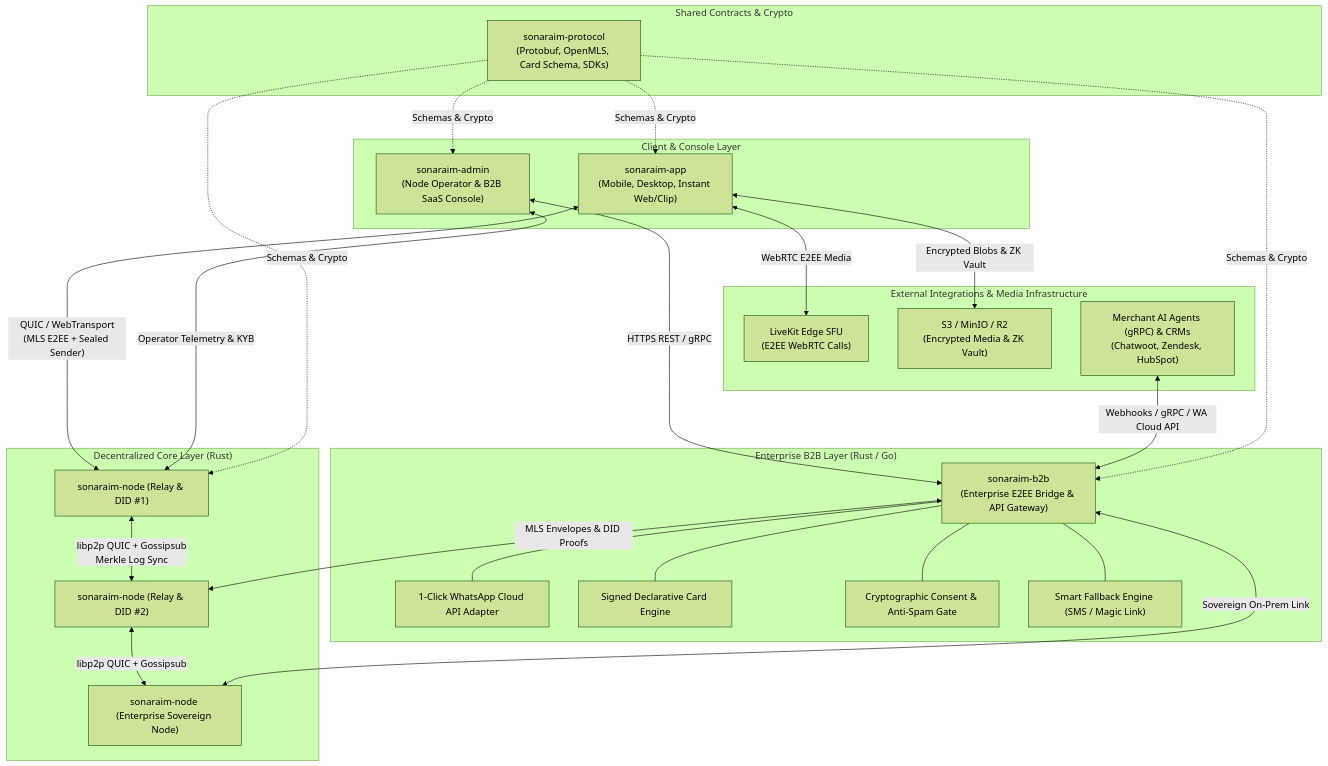
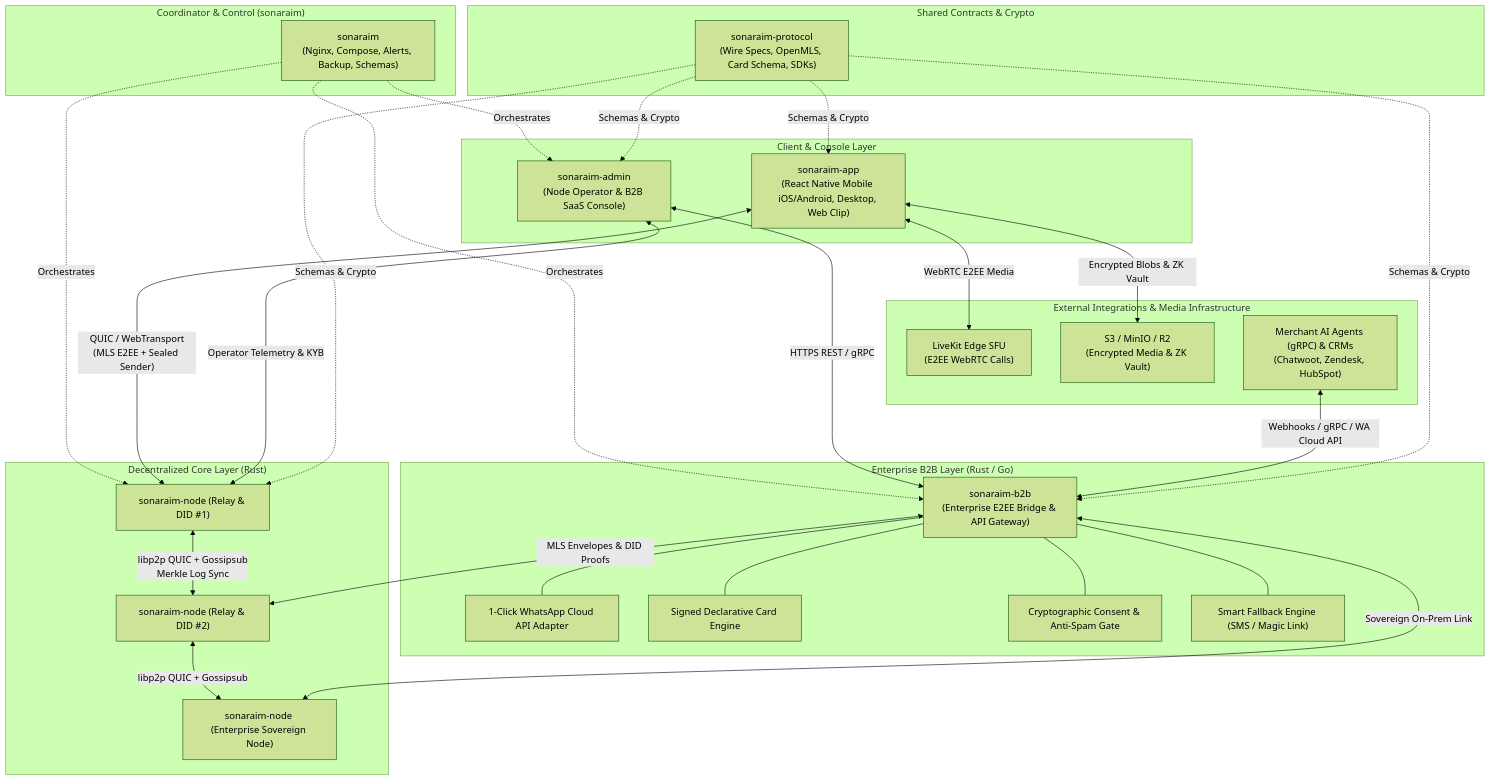
One commit to alfonsodg/sonaraim changed the first of 6 diagrams in docs/DIAGRAMS.md. Above: the diagram before and after it, drawn with Mermaid (forest theme). The commit also changed other lines of this file and 11 other files, not shown here.

````diff
--- a/docs/DIAGRAMS.md
+++ b/docs/DIAGRAMS.md
@@ -9,53 +9,61 @@
 ```mermaid
 flowchart TB
     subgraph Clients["Client & Console Layer"]
-        App["sonaraim-app<br/>(Mobile, Desktop, Instant Web/Clip)"]
+        App["sonaraim-app<br/>(React Native Mobile iOS/Android, Desktop, Web Clip)"]
         Admin["sonaraim-admin<br/>(Node Operator & B2B SaaS Console)"]
     end
 
+    subgraph Coordinator["Coordinator & Control (sonaraim)"]
+        Control["sonaraim<br/>(Nginx, Compose, Alerts, Backup, Schemas)"]
+    end
+
     subgraph Shared["Shared Contracts & Crypto"]
-        Proto["sonaraim-protocol<br/>(Protobuf, OpenMLS, Card Schema, SDKs)"]
+        Proto["sonaraim-protocol<br/>(Wire Specs, OpenMLS, Card Schema, SDKs)"]
     end
 
     subgraph CoreMesh["Decentralized Core Layer (Rust)"]
         Node1["sonaraim-node (Relay & DID #1)"]
         Node2["sonaraim-node (Relay & DID #2)"]
         SovNode["sonaraim-node (Enterprise Sovereign Node)"]
         Node1 <-->|"libp2p QUIC + Gossipsub<br/>Merkle Log Sync"| Node2
         Node2 <-->|"libp2p QUIC + Gossipsub"| SovNode
     end
 
     subgraph Enterprise["Enterprise B2B Layer (Rust / Go)"]
         B2B["sonaraim-b2b<br/>(Enterprise E2EE Bridge & API Gateway)"]
         WAAdapter["1-Click WhatsApp Cloud API Adapter"]
         CardEngine["Signed Declarative Card Engine"]
         ConsentGate["Cryptographic Consent & Anti-Spam Gate"]
         Fallback["Smart Fallback Engine (SMS / Magic Link)"]
         B2B --- WAAdapter
         B2B --- CardEngine
         B2B --- ConsentGate
         B2B --- Fallback
     end
 
     subgraph External["External Integrations & Media Infrastructure"]
         LiveKit["LiveKit Edge SFU<br/>(E2EE WebRTC Calls)"]
         S3["S3 / MinIO / R2<br/>(Encrypted Media & ZK Vault)"]
         BizBackend["Merchant AI Agents (gRPC) & CRMs<br/>(Chatwoot, Zendesk, HubSpot)"]
     end
 
+    Control -.->|"Orchestrates"| Node1
+    Control -.->|"Orchestrates"| B2B
+    Control -.->|"Orchestrates"| Admin
+
     App <-->|"QUIC / WebTransport<br/>(MLS E2EE + Sealed Sender)"| Node1
     App <-->|"WebRTC E2EE Media"| LiveKit
     App <-->|"Encrypted Blobs & ZK Vault"| S3
 
     Admin <-->|"HTTPS REST / gRPC"| B2B
     Admin <-->|"Operator Telemetry & KYB"| Node1
 
     B2B <-->|"MLS Envelopes & DID Proofs"| Node2
     B2B <-->|"Sovereign On-Prem Link"| SovNode
     BizBackend <-->|"Webhooks / gRPC / WA Cloud API"| B2B
 
     Proto -.->|"Schemas & Crypto"| App
     Proto -.->|"Schemas & Crypto"| Node1
     Proto -.->|"Schemas & Crypto"| B2B
     Proto -.->|"Schemas & Crypto"| Admin
 ```
````
